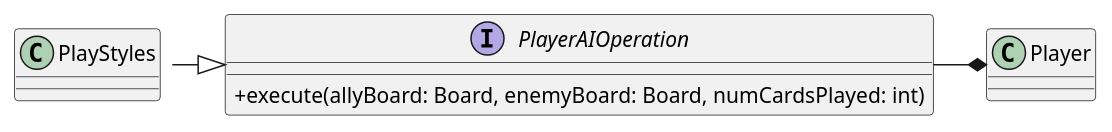
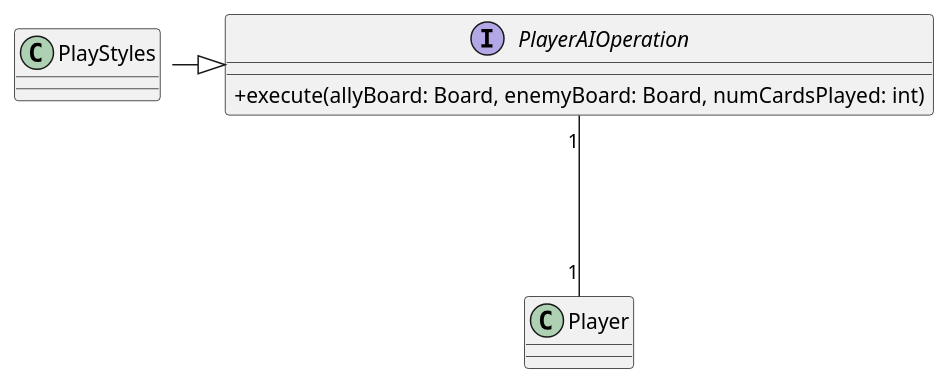
The diagram in uc-seng301-cardbattler-asg4-student/ANSWERS.md (DanieSimonlLowe/SENG301-ASS4), drawn with PlantUML before and after one commit. The commit also changed other lines of this file and 2 other files, not shown here.

```diff
--- a/uc-seng301-cardbattler-asg4-student/ANSWERS.md
+++ b/uc-seng301-cardbattler-asg4-student/ANSWERS.md
@@ -87,18 +89,18 @@
 @startuml
 
 skinparam classAttributeIconSize 0
 
 
 interface PlayerAIOperation {
 +execute(allyBoard: Board, enemyBoard: Board, numCardsPlayed: int)
 }
 
 class Player {
 
 }
 
-PlayerAIOperation -* Player
+PlayerAIOperation "1"---"1" Player
 
 PlayStyles::recklessAI -|> PlayerAIOperation
 
 @enduml
```
